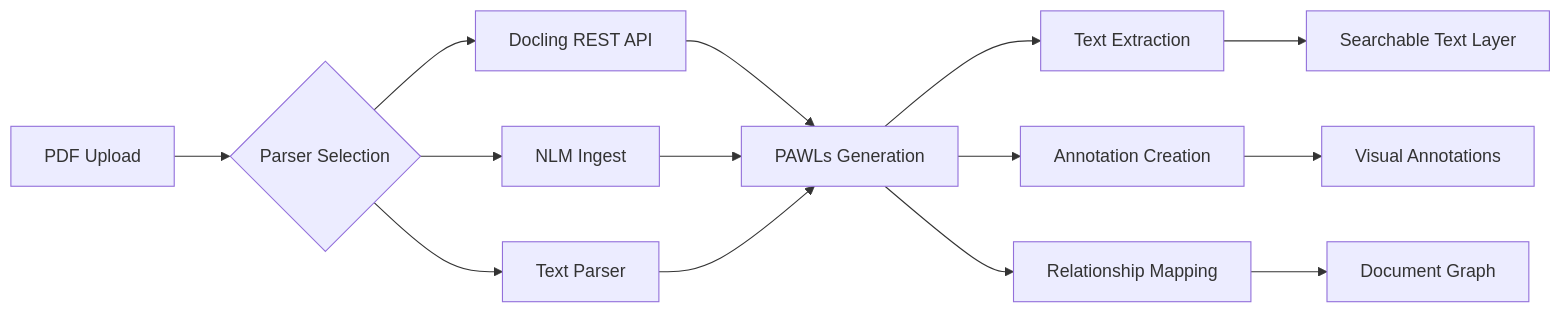
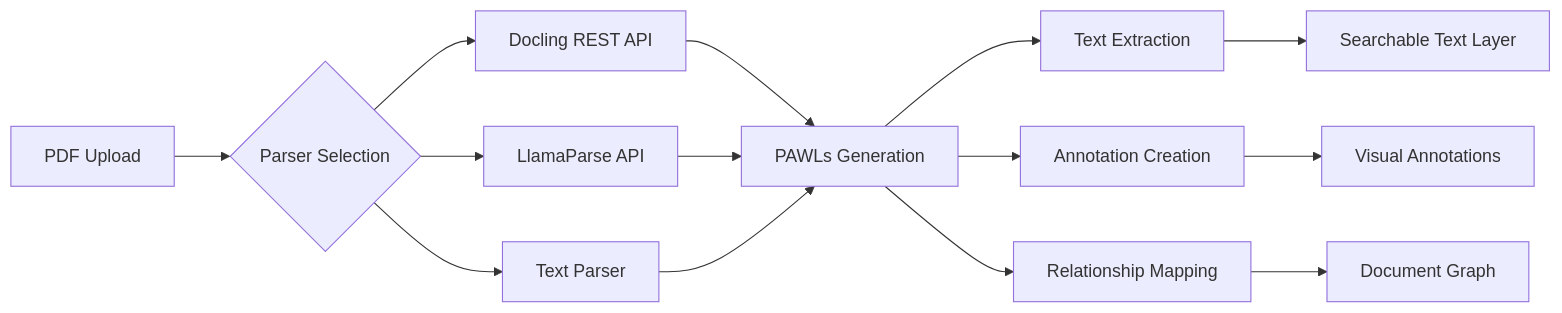
One commit to baichuanping/OpenContracts changed the diagram in docs/architecture/PDF-data-layer.md. Above: the diagram before and after it, drawn with Mermaid. The commit also changed other lines of this file and 18 other files, not shown here.

First line of the commit message:
Remove NLM Ingest parser in favor of Docling/LlamaParse

````diff
--- a/docs/architecture/PDF-data-layer.md
+++ b/docs/architecture/PDF-data-layer.md
@@ -79,19 +79,19 @@
 ```mermaid
 graph LR
     A[PDF Upload] --> B{Parser Selection}
     B --> C[Docling REST API]
-    B --> D[NLM Ingest]
+    B --> D[LlamaParse API]
     B --> E[Text Parser]
 
     C --> F[PAWLs Generation]
     D --> F
     E --> F
 
     F --> G[Text Extraction]
     F --> H[Annotation Creation]
     F --> I[Relationship Mapping]
 
     G --> J[Searchable Text Layer]
     H --> K[Visual Annotations]
     I --> L[Document Graph]
 ```
````
